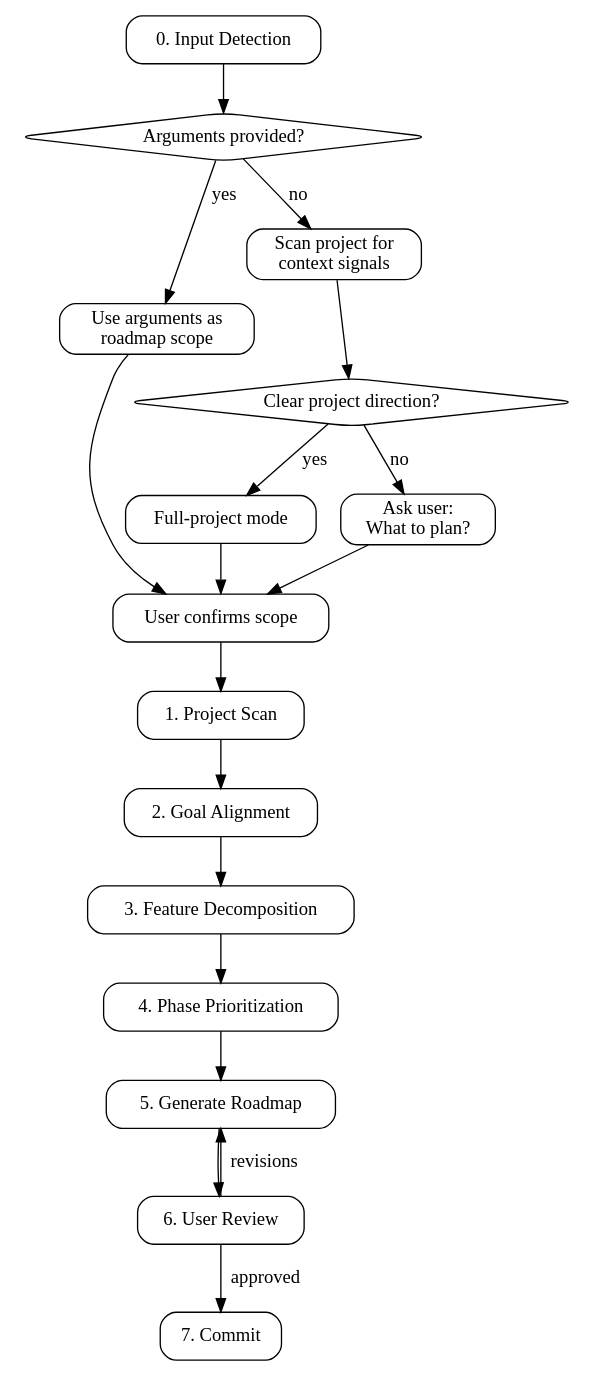
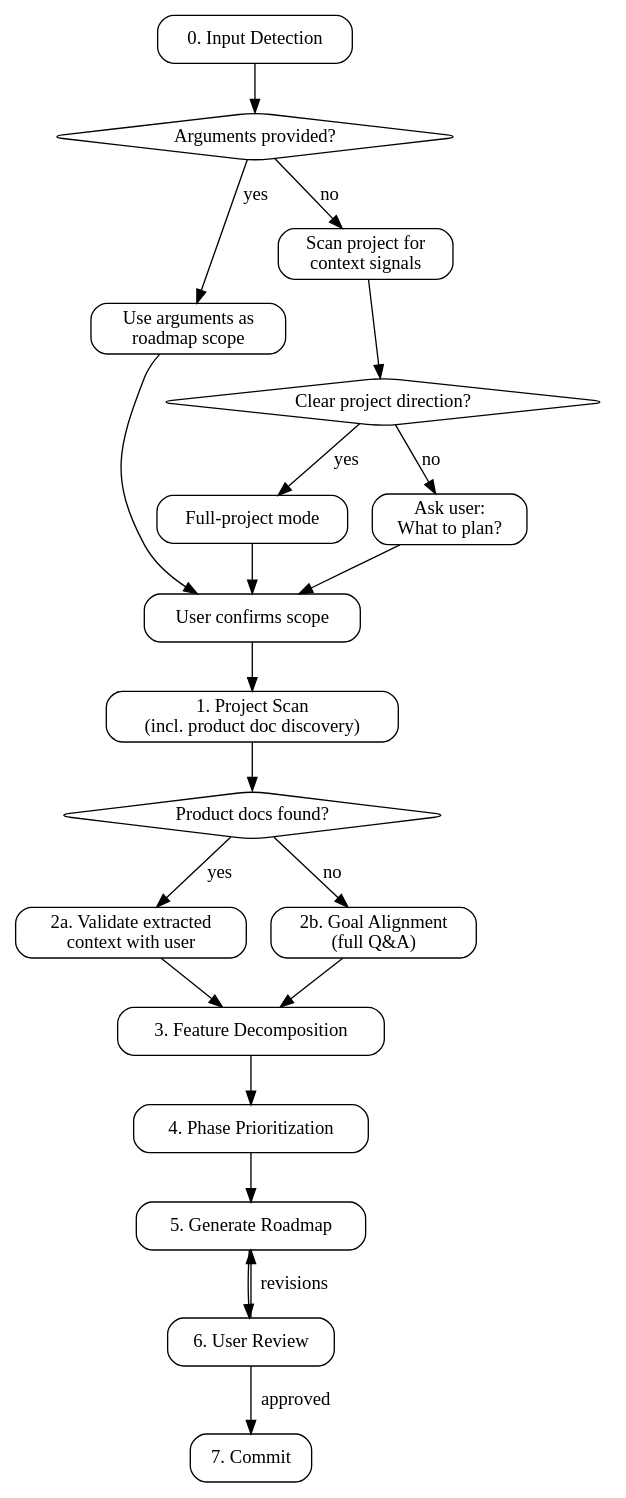
Before and after one commit to litecore-ai/ddd-coding-skills: the diagram in skills/ddd-roadmap/SKILL.md, drawn with Graphviz. The commit also changed other lines of this file and 1 other file, not shown here.

First line of the commit message:
feat: add product doc discovery to ddd-roadmap and bump to 1.4.0

````diff
--- a/skills/ddd-roadmap/SKILL.md
+++ b/skills/ddd-roadmap/SKILL.md
@@ -22,35 +22,42 @@
 ```dot
 digraph roadmap_flow {
   rankdir=TB;
   node [shape=box, style=rounded];
 
   input [label="0. Input Detection"];
   has_args [label="Arguments provided?" shape=diamond];
   use_scope [label="Use arguments as\nroadmap scope"];
   detect_project [label="Scan project for\ncontext signals"];
   has_context [label="Clear project direction?" shape=diamond];
   full_project [label="Full-project mode"];
   ask_user [label="Ask user:\nWhat to plan?"];
   confirm [label="User confirms scope"];
-  scan [label="1. Project Scan"];
-  align [label="2. Goal Alignment"];
+  scan [label="1. Project Scan\n(incl. product doc discovery)"];
+  has_docs [label="Product docs found?" shape=diamond];
+  align_validate [label="2a. Validate extracted\ncontext with user"];
+  align_ask [label="2b. Goal Alignment\n(full Q&A)"];
   decompose [label="3. Feature Decomposition"];
   prioritize [label="4. Phase Prioritization"];
   generate [label="5. Generate Roadmap"];
   review [label="6. User Review"];
   commit [label="7. Commit"];
 
   input -> has_args;
   has_args -> use_scope [label="yes"];
   has_args -> detect_project [label="no"];
   detect_project -> has_context;
   has_context -> full_project [label="yes"];
   has_context -> ask_user [label="no"];
   use_scope -> confirm;
   full_project -> confirm;
   ask_user -> confirm;
-  confirm -> scan -> align -> decompose -> prioritize -> generate -> review;
+  confirm -> scan -> has_docs;
+  has_docs -> align_validate [label="yes"];
+  has_docs -> align_ask [label="no"];
+  align_validate -> decompose;
+  align_ask -> decompose;
+  decompose -> prioritize -> generate -> review;
   review -> generate [label="revisions"];
   review -> commit [label="approved"];
 }
 ```
````
